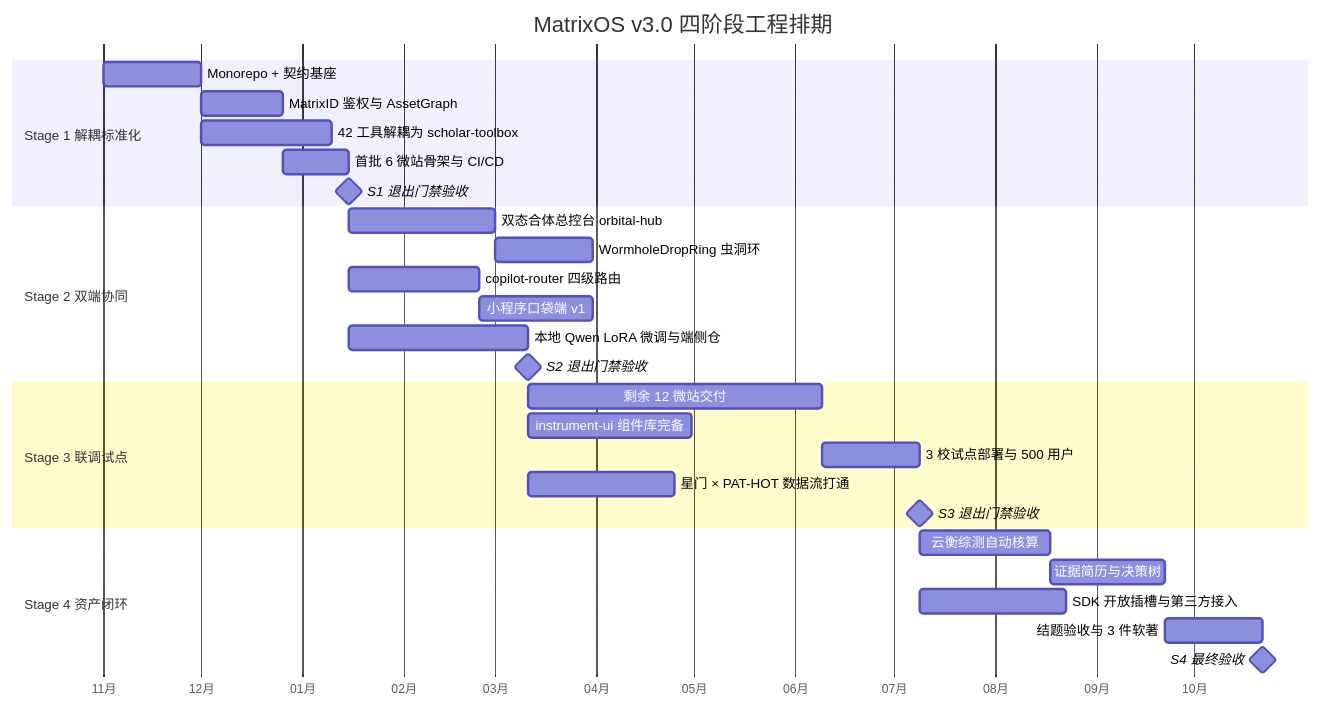
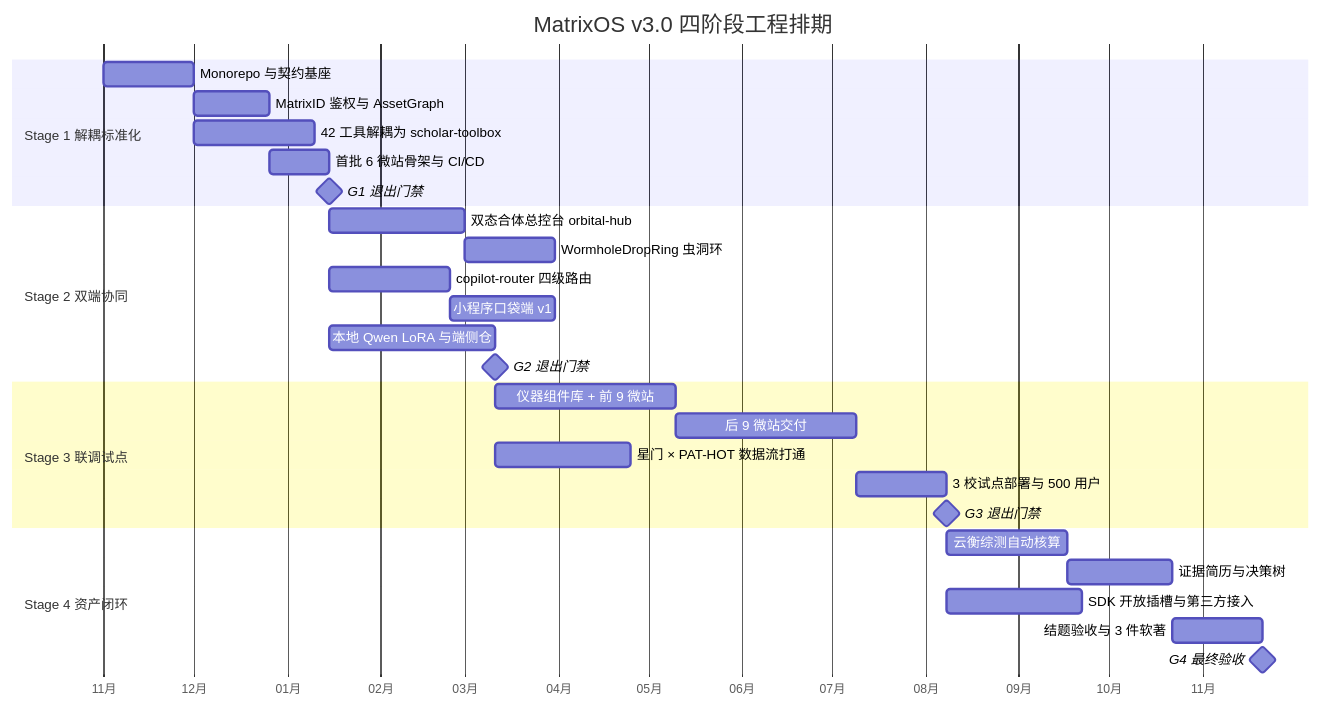
One commit to meat-daemon-404/matrixos changed the diagram in docs/01-plan/02-roadmap.md. Above: the diagram before and after it, drawn with Mermaid. The commit also changed other lines of this file and 12 other files, not shown here.

````diff
--- a/docs/01-plan/02-roadmap.md
+++ b/docs/01-plan/02-roadmap.md
@@ -13,35 +14,35 @@
 ```mermaid
 gantt
     title MatrixOS v3.0 四阶段工程排期
     dateFormat  YYYY-MM-DD
     axisFormat  %m月
 
     section Stage 1 解耦标准化
-    Monorepo + 契约基座           :s1a, 2026-11-01, 30d
-    MatrixID 鉴权与 AssetGraph    :s1b, after s1a, 25d
+    Monorepo 与契约基座            :s1a, 2026-11-01, 30d
+    MatrixID 鉴权与 AssetGraph     :s1b, after s1a, 25d
     42 工具解耦为 scholar-toolbox  :s1c, after s1a, 40d
     首批 6 微站骨架与 CI/CD        :s1d, after s1b, 20d
-    S1 退出门禁验收               :milestone, m1, after s1d, 0d
+    G1 退出门禁                    :milestone, m1, after s1d, 0d
 
     section Stage 2 双端协同
     双态合体总控台 orbital-hub     :s2a, after m1, 45d
     WormholeDropRing 虫洞环        :s2b, after s2a, 30d
     copilot-router 四级路由        :s2c, after m1, 40d
     小程序口袋端 v1                :s2d, after s2c, 35d
-    本地 Qwen LoRA 微调与端侧仓    :s2e, after m1, 55d
-    S2 退出门禁验收               :milestone, m2, after s2e, 0d
+    本地 Qwen LoRA 与端侧仓        :s2e, after m1, 55d
+    G2 退出门禁                    :milestone, m2, after s2e, 0d
 
     section Stage 3 联调试点
-    剩余 12 微站交付               :s3a, after m2, 90d
-    instrument-ui 组件库完备       :s3b, after m2, 50d
-    3 校试点部署与 500 用户        :s3c, after s3a, 30d
-    星门 × PAT-HOT 数据流打通      :s3d, after m2, 45d
-    S3 退出门禁验收               :milestone, m3, after s3c, 0d
+    仪器组件库 + 前 9 微站         :s3a, after m2, 60d
+    后 9 微站交付                  :s3b, after s3a, 60d
+    星门 × PAT-HOT 数据流打通      :s3c, after m2, 45d
+    3 校试点部署与 500 用户        :s3d, after s3b, 30d
+    G3 退出门禁                    :milestone, m3, after s3d, 0d
 
     section Stage 4 资产闭环
     云衡综测自动核算               :s4a, after m3, 40d
     证据简历与决策树               :s4b, after s4a, 35d
     SDK 开放插槽与第三方接入       :s4c, after m3, 45d
     结题验收与 3 件软著            :s4d, after s4b, 30d
-    S4 最终验收                   :milestone, m4, after s4d, 0d
+    G4 最终验收                    :milestone, m4, after s4d, 0d
 ```
````
